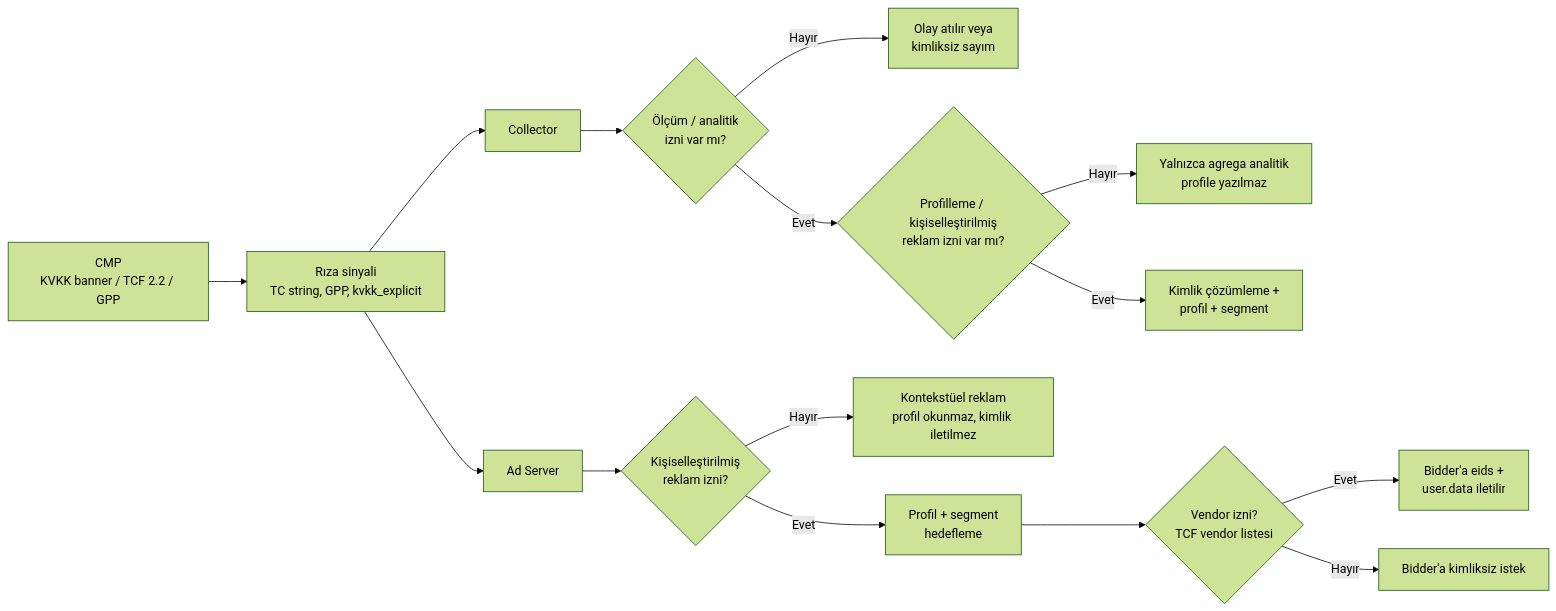
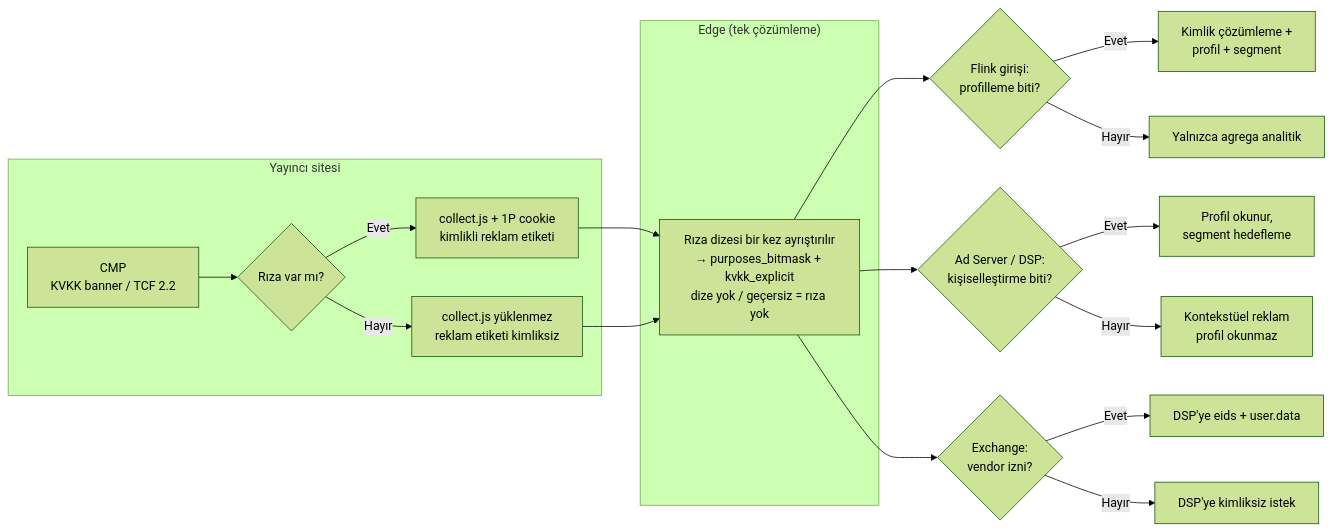
One commit to ugrs2/ugrs2 changed the first of 2 diagrams in docs/adtech-platform/07-gizlilik-ve-uyum.md. Above: the diagram before and after it, drawn with Mermaid (forest theme). The commit also changed other lines of this file and 10 other files, not shown here.

````diff
--- a/docs/adtech-platform/07-gizlilik-ve-uyum.md
+++ b/docs/adtech-platform/07-gizlilik-ve-uyum.md
@@ -20,19 +37,31 @@
 ```mermaid
 flowchart LR
-    CMP["CMP<br/>KVKK banner / TCF 2.2 / GPP"] --> SIG["Rıza sinyali<br/>TC string, GPP, kvkk_explicit"]
-    SIG --> COL["Collector"]
-    SIG --> AD["Ad Server"]
+    subgraph SITE["Yayıncı sitesi"]
+        CMP["CMP<br/>KVKK banner / TCF 2.2"]
+        GATE{"Rıza var mı?"}
+        TAGS["collect.js + 1P cookie<br/>kimlikli reklam etiketi"]
+        NOTAG["collect.js yüklenmez<br/>reklam etiketi kimliksiz"]
+        CMP --> GATE
+        GATE -- Evet --> TAGS
+        GATE -- Hayır --> NOTAG
+    end
 
-    COL --> C1{"Ölçüm / analitik<br/>izni var mı?"}
-    C1 -- Hayır --> DROP["Olay atılır veya<br/>kimliksiz sayım"]
-    C1 -- Evet --> C2{"Profilleme / kişiselleştirilmiş<br/>reklam izni var mı?"}
-    C2 -- Hayır --> AGG["Yalnızca agrega analitik<br/>profile yazılmaz"]
-    C2 -- Evet --> PROF["Kimlik çözümleme +<br/>profil + segment"]
+    subgraph EDGE["Edge (tek çözümleme)"]
+        PARSE["Rıza dizesi bir kez ayrıştırılır<br/>→ purposes_bitmask + kvkk_explicit<br/>dize yok / geçersiz = rıza yok"]
+    end
 
-    AD --> A1{"Kişiselleştirilmiş<br/>reklam izni?"}
-    A1 -- Hayır --> CTX["Kontekstüel reklam<br/>profil okunmaz, kimlik iletilmez"]
-    A1 -- Evet --> PERS["Profil + segment<br/>hedefleme"]
-    PERS --> V{"Vendor izni?<br/>TCF vendor listesi"}
-    V -- Evet --> BID["Bidder'a eids +<br/>user.data iletilir"]
-    V -- Hayır --> BIDN["Bidder'a kimliksiz istek"]
+    TAGS --> PARSE
+    NOTAG --> PARSE
+
+    PARSE --> FL{"Flink girişi:<br/>profilleme biti?"}
+    FL -- Evet --> PROF["Kimlik çözümleme +<br/>profil + segment"]
+    FL -- Hayır --> AGG["Yalnızca agrega analitik"]
+
+    PARSE --> AD{"Ad Server / DSP:<br/>kişiselleştirme biti?"}
+    AD -- Evet --> PERS["Profil okunur,<br/>segment hedefleme"]
+    AD -- Hayır --> CTX["Kontekstüel reklam<br/>profil okunmaz"]
+
+    PARSE --> EX{"Exchange:<br/>vendor izni?"}
+    EX -- Evet --> BID["DSP'ye eids + user.data"]
+    EX -- Hayır --> BIDN["DSP'ye kimliksiz istek"]
 ```
````
